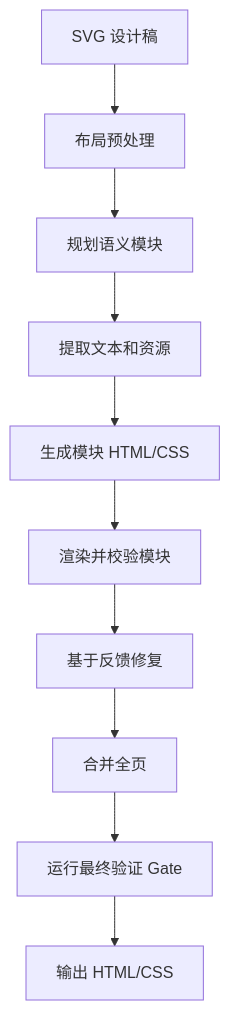
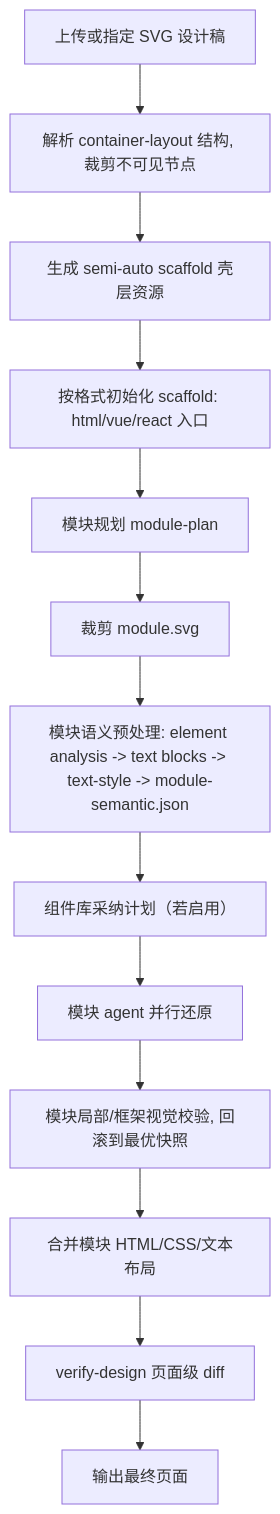
One commit to cnzhhx/svg-to-html changed the first of 2 diagrams in README.md. Above: the diagram before and after it, drawn with Mermaid. The commit also changed other lines of this file and 204 other files, not shown here.

````diff
--- a/README.md
+++ b/README.md
@@ -43,12 +44,15 @@
 ```mermaid
 flowchart TD
-  A[SVG 设计稿] --> B[布局预处理]
-  B --> C[规划语义模块]
-  C --> D[提取文本和资源]
-  D --> E[生成模块 HTML/CSS]
-  E --> F[渲染并校验模块]
-  F --> G[基于反馈修复]
-  G --> H[合并全页]
-  H --> I[运行最终验证 Gate]
-  I --> J[输出 HTML/CSS]
+  A[上传或指定 SVG 设计稿] --> B[解析 container-layout 结构, 裁剪不可见节点]
+  B --> C[生成 semi-auto scaffold 壳层资源]
+  C --> D[按格式初始化 scaffold: html/vue/react 入口]
+  D --> E[模块规划 module-plan]
+  E --> F[裁剪 module.svg]
+  F --> G[模块语义预处理: element analysis -> text blocks -> text-style -> module-semantic.json]
+  G --> H[组件库采纳计划（若启用）]
+  H --> I[模块 agent 并行还原]
+  I --> J[模块局部/框架视觉校验, 回滚到最优快照]
+  J --> K[合并模块 HTML/CSS/文本布局]
+  K --> L[verify-design 页面级 diff]
+  L --> M[输出最终页面]
 ```
````
